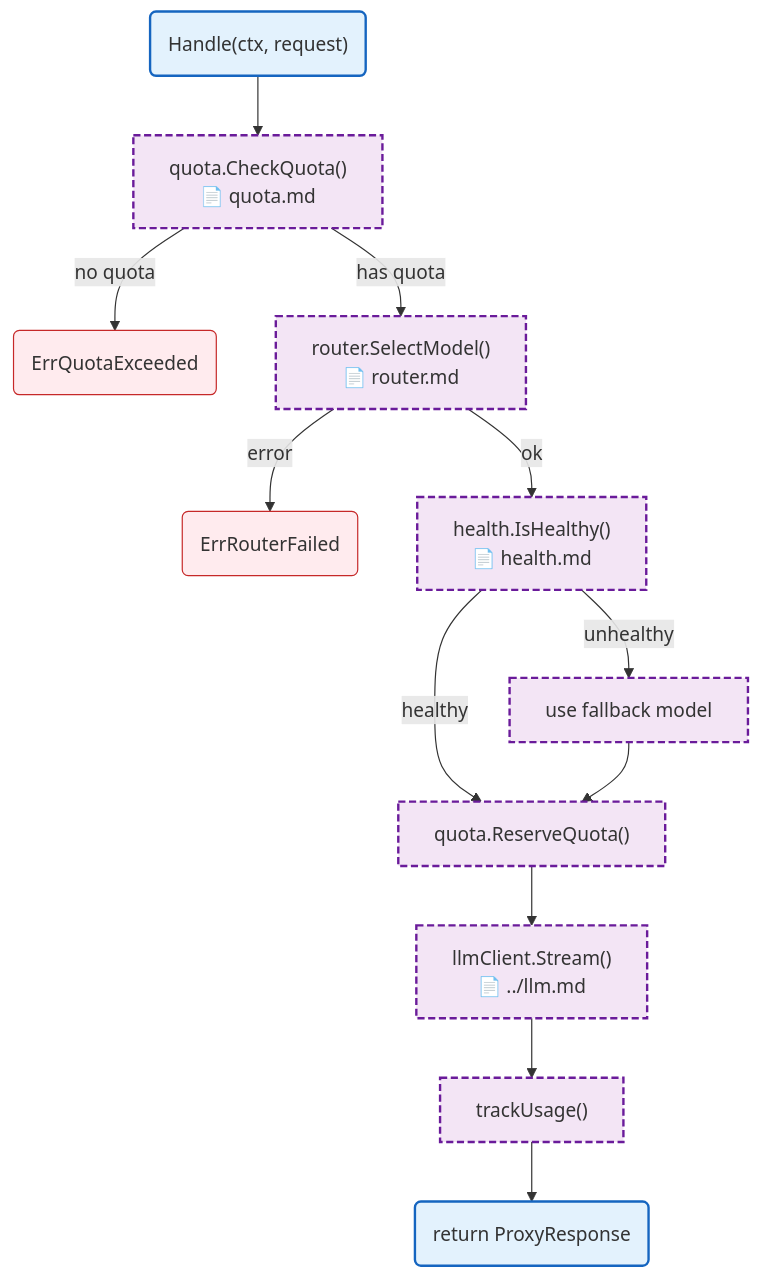
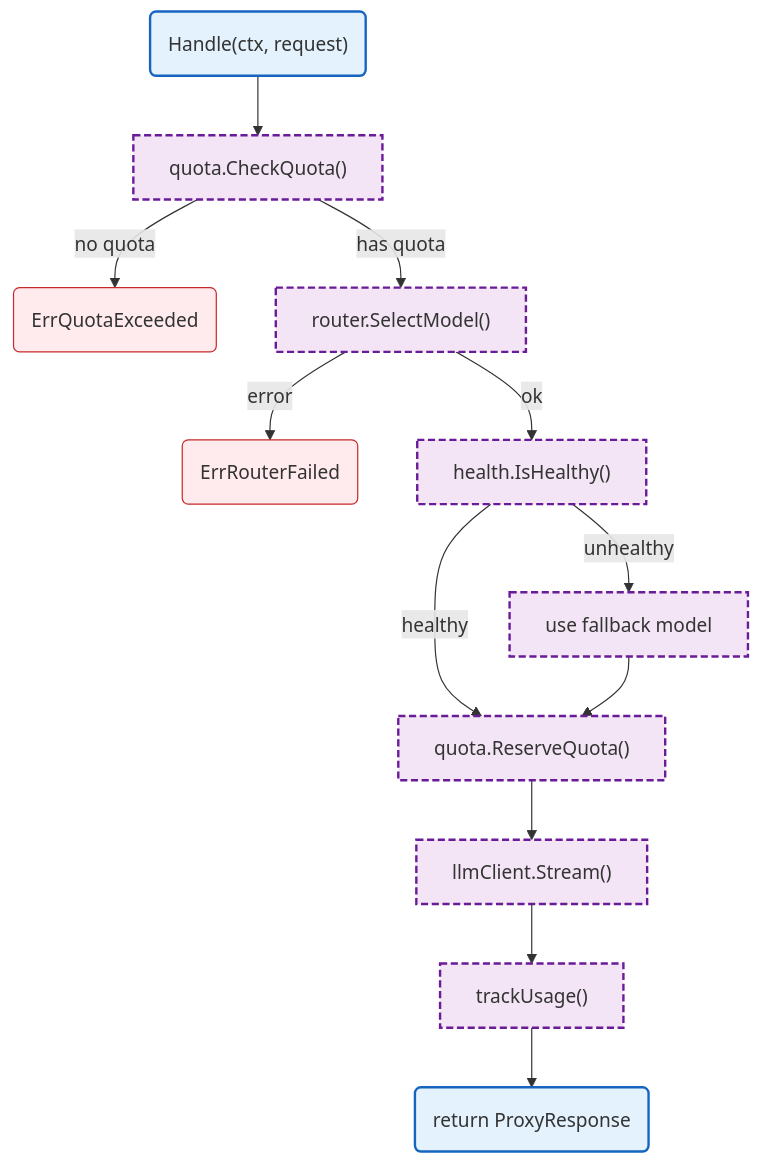
The diagram in docs/internal/llm-proxy/README.md (radch-ai/ava), drawn with Mermaid before and after one commit. The commit also changed 8 other files, not shown here.

````diff
--- a/docs/internal/llm-proxy/README.md
+++ b/docs/internal/llm-proxy/README.md
@@ -7,27 +7,28 @@
 ```mermaid
 flowchart TB
-    Start("Handle(ctx, request)") --> CheckQuota["quota.CheckQuota()
-    📄 quota.md"]
+    Start("Handle(ctx, request)") --> CheckQuota["quota.CheckQuota()"]
     CheckQuota -->|no quota| ErrQuota("ErrQuotaExceeded")
-    CheckQuota -->|has quota| Router["router.SelectModel()
-    📄 router.md"]
+    CheckQuota -->|has quota| Router["router.SelectModel()"]
     Router -->|error| ErrRouter("ErrRouterFailed")
-    Router -->|ok| Health["health.IsHealthy()
-    📄 health.md"]
+    Router -->|ok| Health["health.IsHealthy()"]
     Health -->|unhealthy| Fallback["use fallback model"]
     Health -->|healthy| Reserve["quota.ReserveQuota()"]
     Fallback --> Reserve
-    Reserve --> LLM["llmClient.Stream()
-    📄 ../llm.md"]
+    Reserve --> LLM["llmClient.Stream()"]
     LLM --> Track["trackUsage()"]
     Track --> Response("return ProxyResponse")
+
+    click CheckQuota href "quota.md"
+    click Router href "router.md"
+    click Health href "health.md"
+    click LLM href "../llm.md"
 
     classDef mainFn fill:#e3f2fd,stroke:#1565c0,stroke-width:2px
     classDef internalFn fill:#f3e5f5,stroke:#6a1b9a,stroke-width:2px,stroke-dasharray:6 3
     classDef localPkgs fill:#fff8e1,stroke:#f9a825,stroke-width:1.5px,stroke-dasharray:4 2
     classDef errorFlow fill:#ffebee,stroke:#c62828,stroke-width:1px
 
     class Start,Response mainFn
     class CheckQuota,Router,Health,Fallback,Reserve,LLM,Track internalFn
     class ErrQuota,ErrRouter errorFlow
 ```
````
